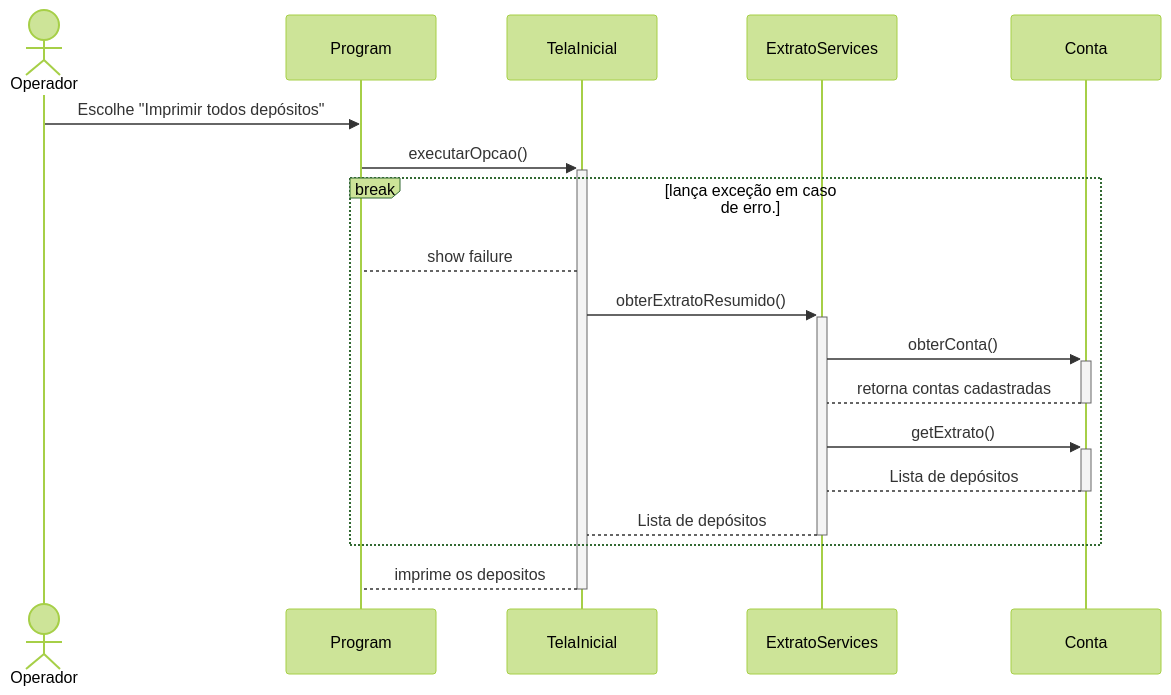
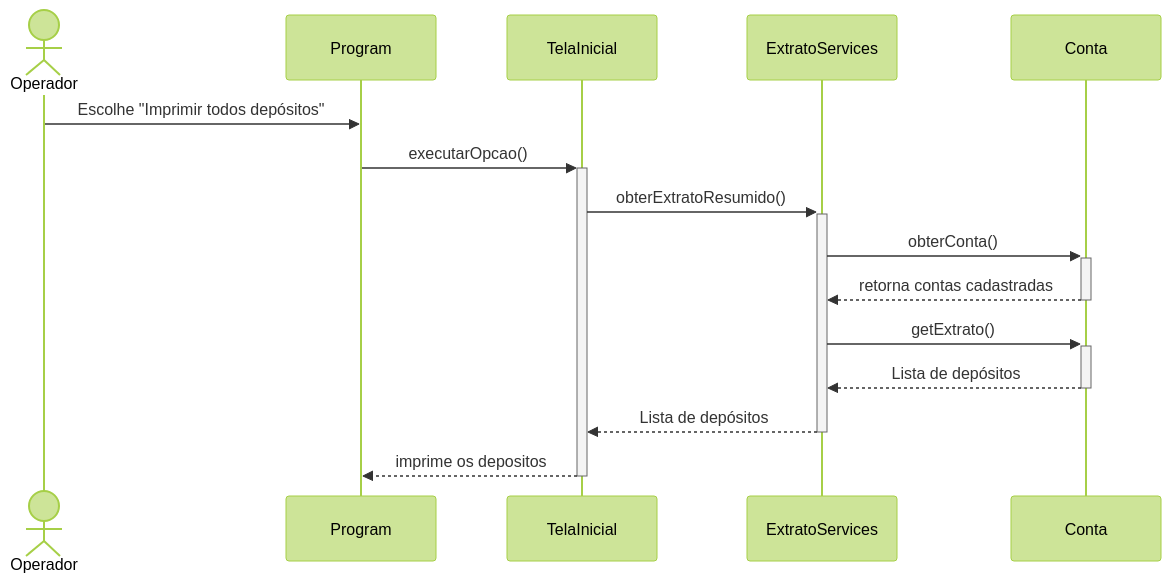
One commit to flavioqueiroga/desafio-app-banco changed the third of 3 diagrams in README.md. Above: the diagram before and after it, drawn with Mermaid (forest theme). The commit also changed other lines of this file, not shown here.

Commit message:
Update README.md
Correção diagrama de sequencia.

````diff
--- a/README.md
+++ b/README.md
@@ -159,19 +159,15 @@
 ```mermaid
-sequenceDiagram
-    Actor Operador
-    Operador->>Program: Escolhe "Imprimir todos depósitos"
-    Program->>+TelaInicial: executarOpcao()
-    break lança exceção em caso de erro.
-        TelaInicial-->Program: show failure
+   sequenceDiagram
+       Actor Operador
+       Operador->>Program: Escolhe "Imprimir todos depósitos"
+       Program->>+TelaInicial: executarOpcao()
+       TelaInicial->>+ExtratoServices: obterExtratoResumido()
+       ExtratoServices->>+Conta: obterConta()
+       Conta-->>-ExtratoServices: retorna contas cadastradas
+       ExtratoServices->>+Conta: getExtrato()
+       Conta-->>-ExtratoServices: Lista de depósitos
+       ExtratoServices-->>-TelaInicial: Lista de depósitos 
+       TelaInicial-->>-Program: imprime os depositos
     
-    TelaInicial->>+ExtratoServices: obterExtratoResumido()
-    ExtratoServices->>+Conta: obterConta()
-    Conta-->-ExtratoServices: retorna contas cadastradas
-    ExtratoServices->>+Conta: getExtrato()
-    
-    Conta-->-ExtratoServices: Lista de depósitos
-    ExtratoServices-->-TelaInicial: Lista de depósitos 
-    end
-    TelaInicial-->-Program: imprime os depositos
 
 ```
````
